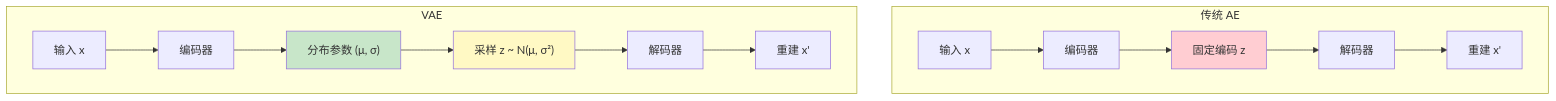
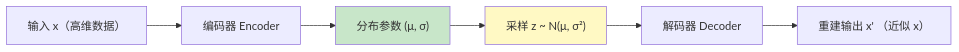
Before and after one commit to fenixsoft/dmla: the third of 6 diagrams in docs/deep-learning/generative-models/vae.md, drawn with Mermaid. The commit also changed other lines of this file and 20 other files, not shown here.

````diff
--- a/docs/deep-learning/generative-models/vae.md
+++ b/docs/deep-learning/generative-models/vae.md
@@ -65,21 +43,11 @@
-```mermaid
-graph TB
-    subgraph "传统 AE"
-        A1["输入 x"] --> A2["编码器"]
-        A2 --> A3["固定编码 z"]
-        A3 --> A4["解码器"]
-        A4 --> A5["重建 x'"]
-    end
-    
-    subgraph "VAE"
-        B1["输入 x"] --> B2["编码器"]
-        B2 --> B3["分布参数 (μ, σ)"]
-        B3 --> B4["采样 z ~ N(μ, σ²)"]
-        B4 --> B5["解码器"]
-        B5 --> B6["重建 x'"]
-    end
-    
-    style A3 fill:#ffcdd2
+```mermaid compact
+graph LR
+    B1["输入 x（高维数据）"] --> B2["编码器 Encoder"]
+    B2 --> B3["分布参数 (μ, σ)"]
+    B3 --> B4["采样 z ~ N(μ, σ²)"]
+    B4 --> B5["解码器 Decoder"]
+    B5 --> B6["重建输出 x' （近似 x）"]
+
     style B3 fill:#c8e6c9
     style B4 fill:#fff9c4
 ```
````
